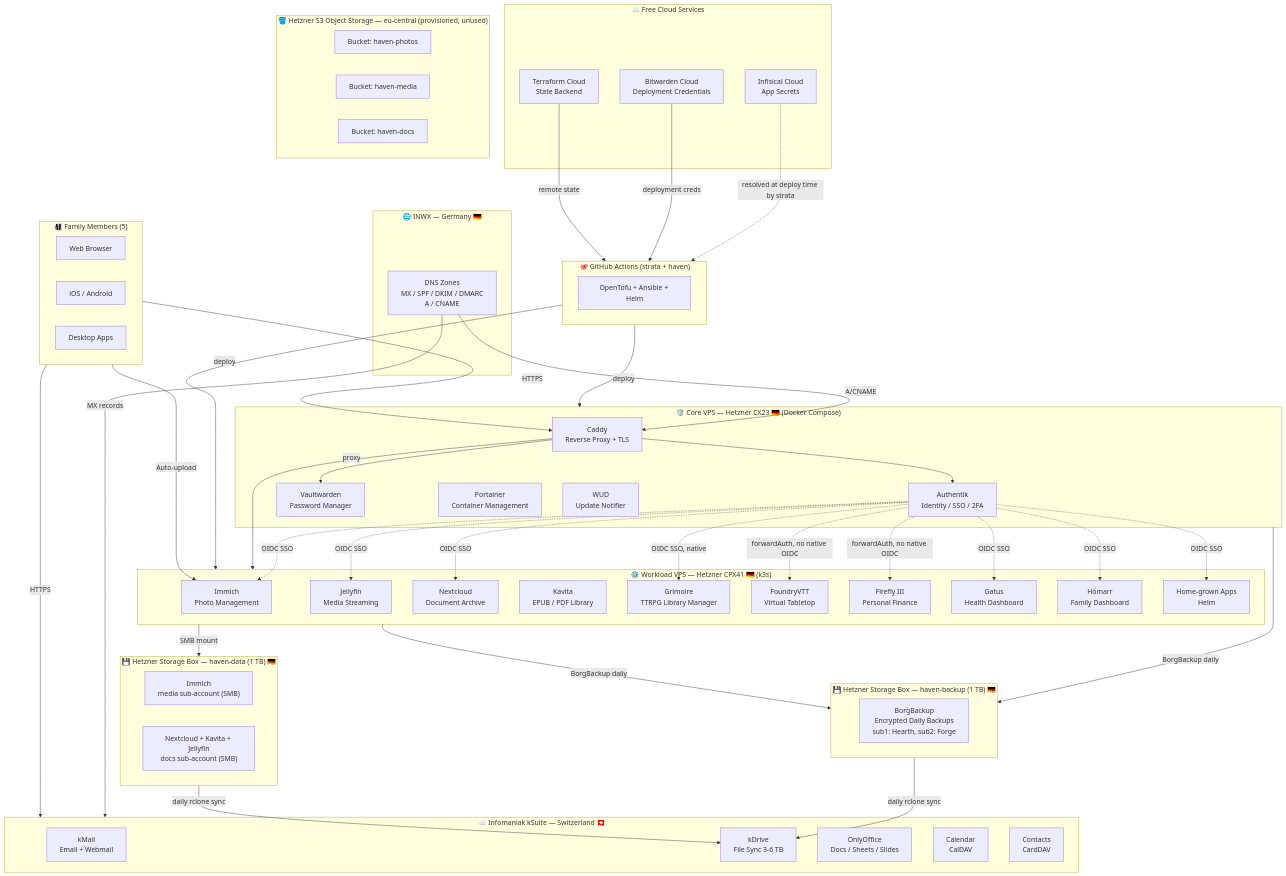
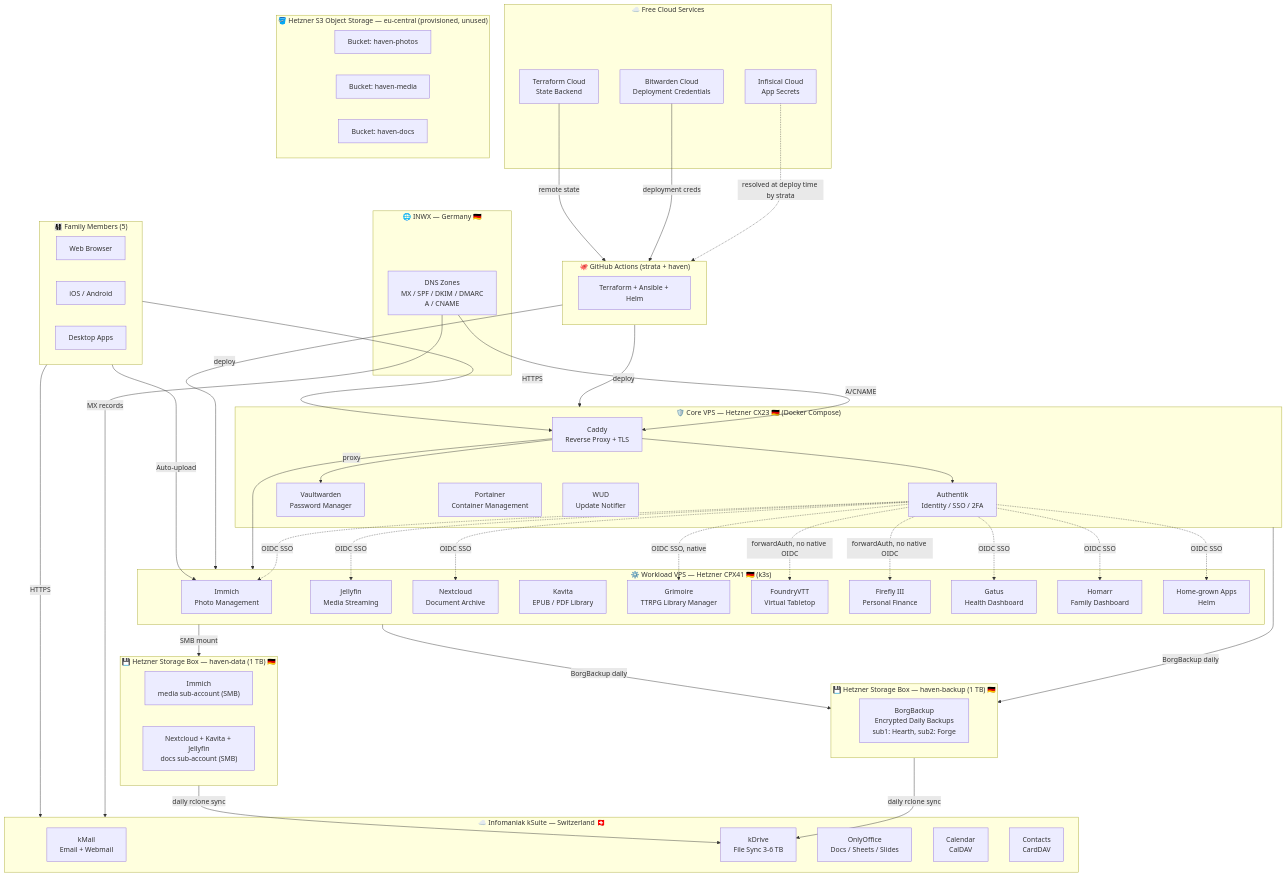
Before and after one commit to huybrechtsxyz/haven: the diagram in docs/architecture.md, drawn with Mermaid. The commit also changed other lines of this file and 545 other files, not shown here.

```diff
--- a/docs/architecture.md
+++ b/docs/architecture.md
@@ -124,7 +124,7 @@
     end
 
     subgraph GitHub["🐙 GitHub Actions (strata + haven)"]
-        IaC[OpenTofu + Ansible + Helm]
+        IaC[Terraform + Ansible + Helm]
     end
 
     %% User connections
```
